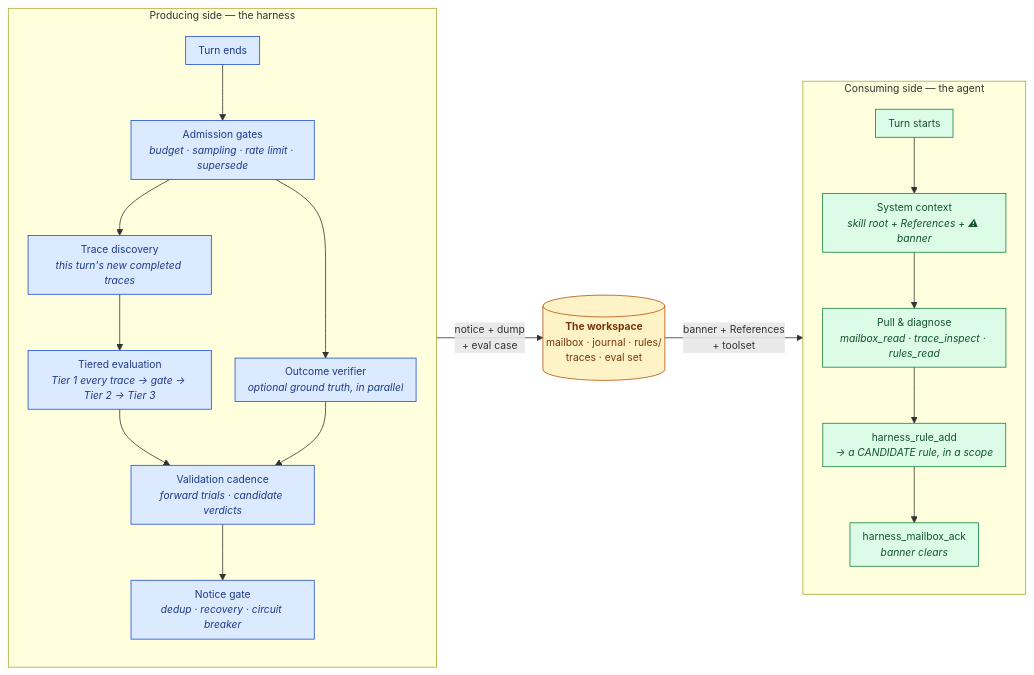
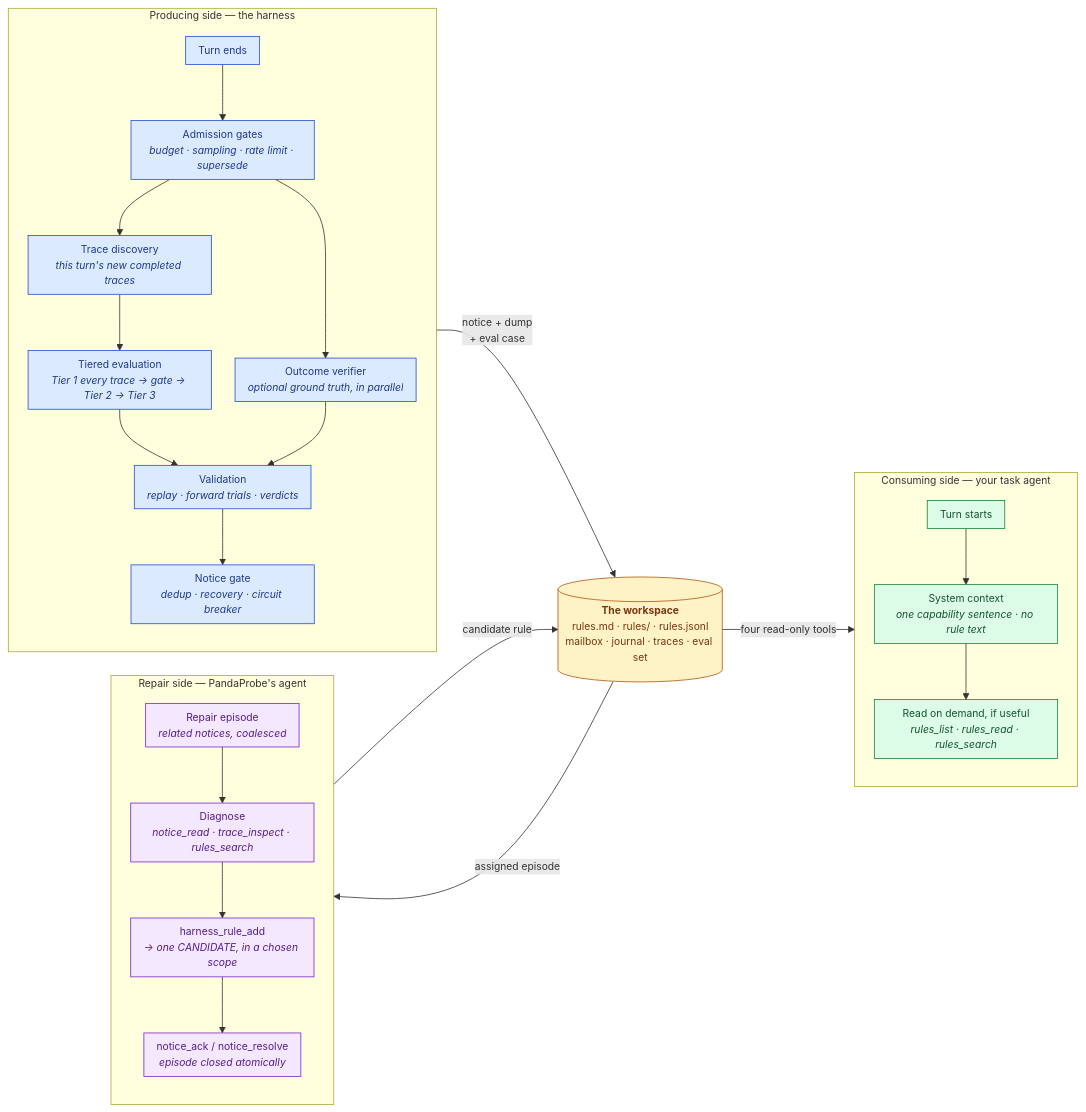
The diagram in docs/harness/get-started/how-it-works.mdx (gemhr/AgentEvalOps), drawn with Mermaid before and after one commit. The commit also changed other lines of this file, not shown here.

Commit message:
docs: update how-it-works for v0.9 repair agent architecture

````diff
--- a/docs/harness/get-started/how-it-works.mdx
+++ b/docs/harness/get-started/how-it-works.mdx
@@ -9,35 +9,45 @@
 ```mermaid
 %%{init: {'flowchart': {'nodeSpacing': 30, 'rankSpacing': 46, 'padding': 8}, 'themeVariables': {'fontSize': '13px'}}}%%
 flowchart LR
     subgraph producing["Producing side — the harness"]
         direction TB
         turnEnd["Turn ends"]:::harness
         gates["Admission gates<br/><i>budget · sampling · rate limit · supersede</i>"]:::harness
         traces["Trace discovery<br/><i>this turn's new completed traces</i>"]:::harness
         tiers["Tiered evaluation<br/><i>Tier 1 every trace → gate → Tier 2 → Tier 3</i>"]:::harness
         verify["Outcome verifier<br/><i>optional ground truth, in parallel</i>"]:::harness
-        validate["Validation cadence<br/><i>forward trials · candidate verdicts</i>"]:::harness
+        validate["Validation<br/><i>replay · forward trials · verdicts</i>"]:::harness
         gate["Notice gate<br/><i>dedup · recovery · circuit breaker</i>"]:::harness
         turnEnd --> gates --> traces --> tiers --> validate --> gate
         gates --> verify --> validate
     end
 
-    workspace[("<b>The workspace</b><br/>mailbox · journal · rules/<br/>traces · eval set")]:::store
+    workspace[("<b>The workspace</b><br/>rules.md · rules/ · rules.jsonl<br/>mailbox · journal · traces · eval set")]:::store
 
-    subgraph consuming["Consuming side — the agent"]
+    subgraph repair["Repair side — PandaProbe's agent"]
+        direction TB
+        episode["Repair episode<br/><i>related notices, coalesced</i>"]:::repair
+        diagnose["Diagnose<br/><i>notice_read · trace_inspect · rules_search</i>"]:::repair
+        addRule["harness_rule_add<br/><i>→ one CANDIDATE, in a chosen scope</i>"]:::repair
+        resolve["notice_ack / notice_resolve<br/><i>episode closed atomically</i>"]:::repair
+        episode --> diagnose --> addRule --> resolve
+    end
+
+    subgraph consuming["Consuming side — your task agent"]
         direction TB
         turnStart["Turn starts"]:::agent
-        context["System context<br/><i>skill root + References + ⚠ banner</i>"]:::agent
-        pull["Pull &amp; diagnose<br/><i>mailbox_read · trace_inspect · rules_read</i>"]:::agent
-        addRule["harness_rule_add<br/><i>→ a CANDIDATE rule, in a scope</i>"]:::agent
-        ack["harness_mailbox_ack<br/><i>banner clears</i>"]:::agent
-        turnStart --> context --> pull --> addRule --> ack
+        context["System context<br/><i>one capability sentence · no rule text</i>"]:::agent
+        pull["Read on demand, if useful<br/><i>rules_list · rules_read · rules_search</i>"]:::agent
+        turnStart --> context --> pull
     end
 
     producing -- "notice + dump<br/>+ eval case" --> workspace
-    workspace -- "banner + References<br/>+ toolset" --> consuming
+    workspace -- "assigned episode" --> repair
+    repair -- "candidate rule" --> workspace
+    workspace -- "four read-only tools" --> consuming
 
     classDef harness fill:#dbeafe,stroke:#1d4ed8,color:#1e3a8a
     classDef agent fill:#dcfce7,stroke:#15803d,color:#14532d
+    classDef repair fill:#f3e8ff,stroke:#7e22ce,color:#581c87
     classDef store fill:#fef3c7,stroke:#b45309,color:#78350f
 ```
````
